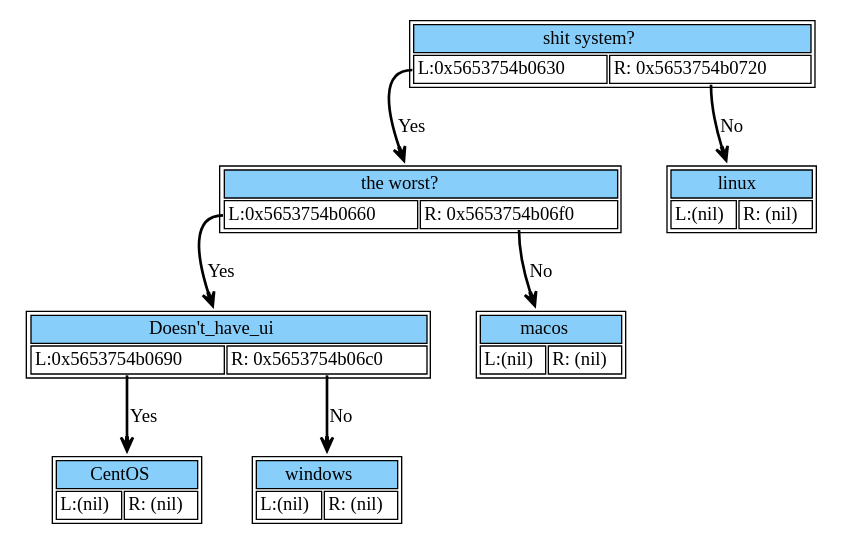
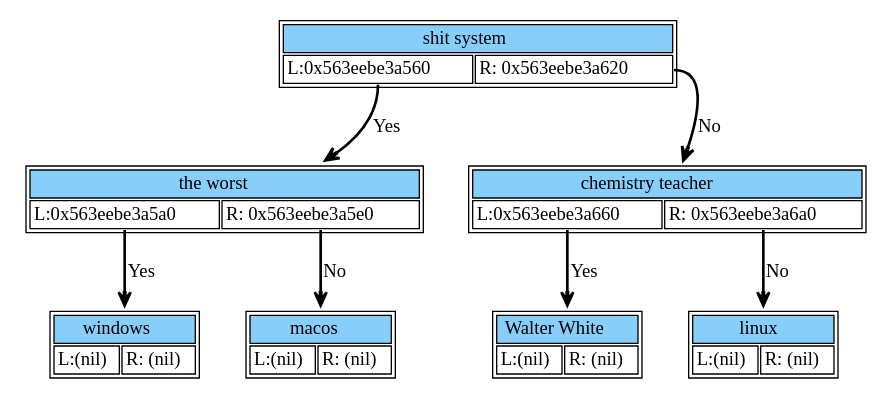
One commit to Varnike/tree changed the diagram in dump/dump.dot. Above: the diagram before and after it, drawn with Graphviz. The commit also changed 19 other files, not shown here.

```diff
--- a/dump/dump.dot
+++ b/dump/dump.dot
@@ -1,44 +1,44 @@
 digraph dump_graph {
 	rankdir=TV; 
-node0x5653754b0690 [shape=plaintext
-					label=<<table border='1' cellborder='1'>
-					<tr><td colspan="2" bgcolor="lightskyblue" >CentOS</td></tr>
-					<tr><td port= "lchild">L:(nil)</td><td port="rchild">R: (nil)</td></tr>
-				</table>>];
-node0x5653754b0660 [shape=plaintext
-					label=<<table border='1' cellborder='1'>
-					<tr><td colspan="2" bgcolor="lightskyblue" >Doesn't_have_ui </td></tr>
-					<tr><td port= "lchild">L:0x5653754b0690</td><td port="rchild">R: 0x5653754b06c0</td></tr>
-				</table>>];
-	node0x5653754b0660:lchild -> node0x5653754b0690[style=bold, arrowhead=vee label = "Yes"];
-	node0x5653754b0660:rchild -> node0x5653754b06c0[style=bold, arrowhead=vee label = "No"];
-node0x5653754b06c0 [shape=plaintext
+node0x563eebe3a5a0 [shape=plaintext
 					label=<<table border='1' cellborder='1'>
 					<tr><td colspan="2" bgcolor="lightskyblue" >windows</td></tr>
 					<tr><td port= "lchild">L:(nil)</td><td port="rchild">R: (nil)</td></tr>
 				</table>>];
-node0x5653754b0630 [shape=plaintext
+node0x563eebe3a560 [shape=plaintext
 					label=<<table border='1' cellborder='1'>
-					<tr><td colspan="2" bgcolor="lightskyblue" >the worst?   </td></tr>
-					<tr><td port= "lchild">L:0x5653754b0660</td><td port="rchild">R: 0x5653754b06f0</td></tr>
+					<tr><td colspan="2" bgcolor="lightskyblue" >the worst</td></tr>
+					<tr><td port= "lchild">L:0x563eebe3a5a0</td><td port="rchild">R: 0x563eebe3a5e0</td></tr>
 				</table>>];
-	node0x5653754b0630:lchild -> node0x5653754b0660[style=bold, arrowhead=vee label = "Yes"];
-	node0x5653754b0630:rchild -> node0x5653754b06f0[style=bold, arrowhead=vee label = "No"];
-node0x5653754b06f0 [shape=plaintext
+	node0x563eebe3a560:lchild -> node0x563eebe3a5a0[style=bold, arrowhead=vee label = "Yes"];
+	node0x563eebe3a560:rchild -> node0x563eebe3a5e0[style=bold, arrowhead=vee label = "No"];
+node0x563eebe3a5e0 [shape=plaintext
 					label=<<table border='1' cellborder='1'>
 					<tr><td colspan="2" bgcolor="lightskyblue" >macos</td></tr>
 					<tr><td port= "lchild">L:(nil)</td><td port="rchild">R: (nil)</td></tr>
 				</table>>];
-node0x5653754b0600 [shape=plaintext
+node0x563eebe3a520 [shape=plaintext
 					label=<<table border='1' cellborder='1'>
-					<tr><td colspan="2" bgcolor="lightskyblue" >shit system?   </td></tr>
-					<tr><td port= "lchild">L:0x5653754b0630</td><td port="rchild">R: 0x5653754b0720</td></tr>
+					<tr><td colspan="2" bgcolor="lightskyblue" >shit system</td></tr>
+					<tr><td port= "lchild">L:0x563eebe3a560</td><td port="rchild">R: 0x563eebe3a620</td></tr>
 				</table>>];
-	node0x5653754b0600:lchild -> node0x5653754b0630[style=bold, arrowhead=vee label = "Yes"];
-	node0x5653754b0600:rchild -> node0x5653754b0720[style=bold, arrowhead=vee label = "No"];
-node0x5653754b0720 [shape=plaintext
+	node0x563eebe3a520:lchild -> node0x563eebe3a560[style=bold, arrowhead=vee label = "Yes"];
+	node0x563eebe3a520:rchild -> node0x563eebe3a620[style=bold, arrowhead=vee label = "No"];
+node0x563eebe3a660 [shape=plaintext
+					label=<<table border='1' cellborder='1'>
+					<tr><td colspan="2" bgcolor="lightskyblue" >Walter White</td></tr>
+					<tr><td port= "lchild">L:(nil)</td><td port="rchild">R: (nil)</td></tr>
+				</table>>];
+node0x563eebe3a620 [shape=plaintext
+					label=<<table border='1' cellborder='1'>
+					<tr><td colspan="2" bgcolor="lightskyblue" >chemistry teacher</td></tr>
+					<tr><td port= "lchild">L:0x563eebe3a660</td><td port="rchild">R: 0x563eebe3a6a0</td></tr>
+				</table>>];
+	node0x563eebe3a620:lchild -> node0x563eebe3a660[style=bold, arrowhead=vee label = "Yes"];
+	node0x563eebe3a620:rchild -> node0x563eebe3a6a0[style=bold, arrowhead=vee label = "No"];
+node0x563eebe3a6a0 [shape=plaintext
 					label=<<table border='1' cellborder='1'>
 					<tr><td colspan="2" bgcolor="lightskyblue" >linux</td></tr>
 					<tr><td port= "lchild">L:(nil)</td><td port="rchild">R: (nil)</td></tr>
 				</table>>];
 }
```
